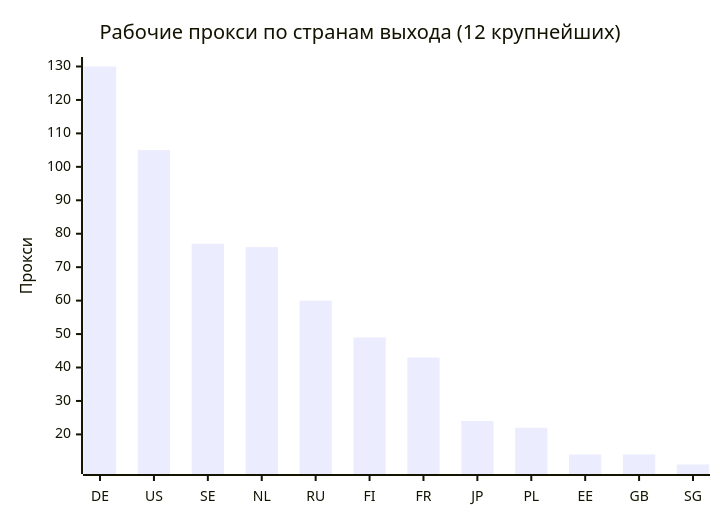
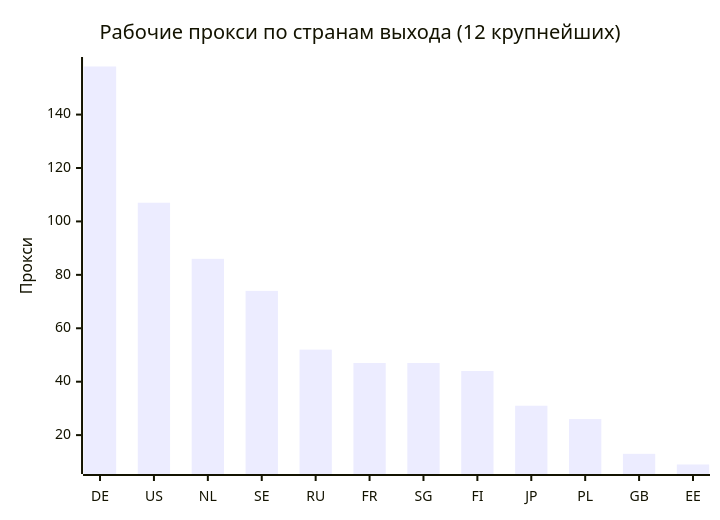
Before and after one commit to rvvg/proxy-subs: the second of 4 diagrams in README.md, drawn with Mermaid. The commit also changed other lines of this file and 48 other files, not shown here.

````diff
--- a/README.md
+++ b/README.md
@@ -129,7 +127,7 @@
 ```mermaid
 xychart-beta
     title "Рабочие прокси по странам выхода (12 крупнейших)"
-    x-axis ["DE", "US", "SE", "NL", "RU", "FI", "FR", "JP", "PL", "EE", "GB", "SG"]
+    x-axis ["DE", "US", "NL", "SE", "RU", "FR", "SG", "FI", "JP", "PL", "GB", "EE"]
     y-axis "Прокси"
-    bar [130, 105, 77, 76, 60, 49, 43, 24, 22, 14, 14, 11]
+    bar [158, 107, 86, 74, 52, 47, 47, 44, 31, 26, 13, 9]
 ```
````
